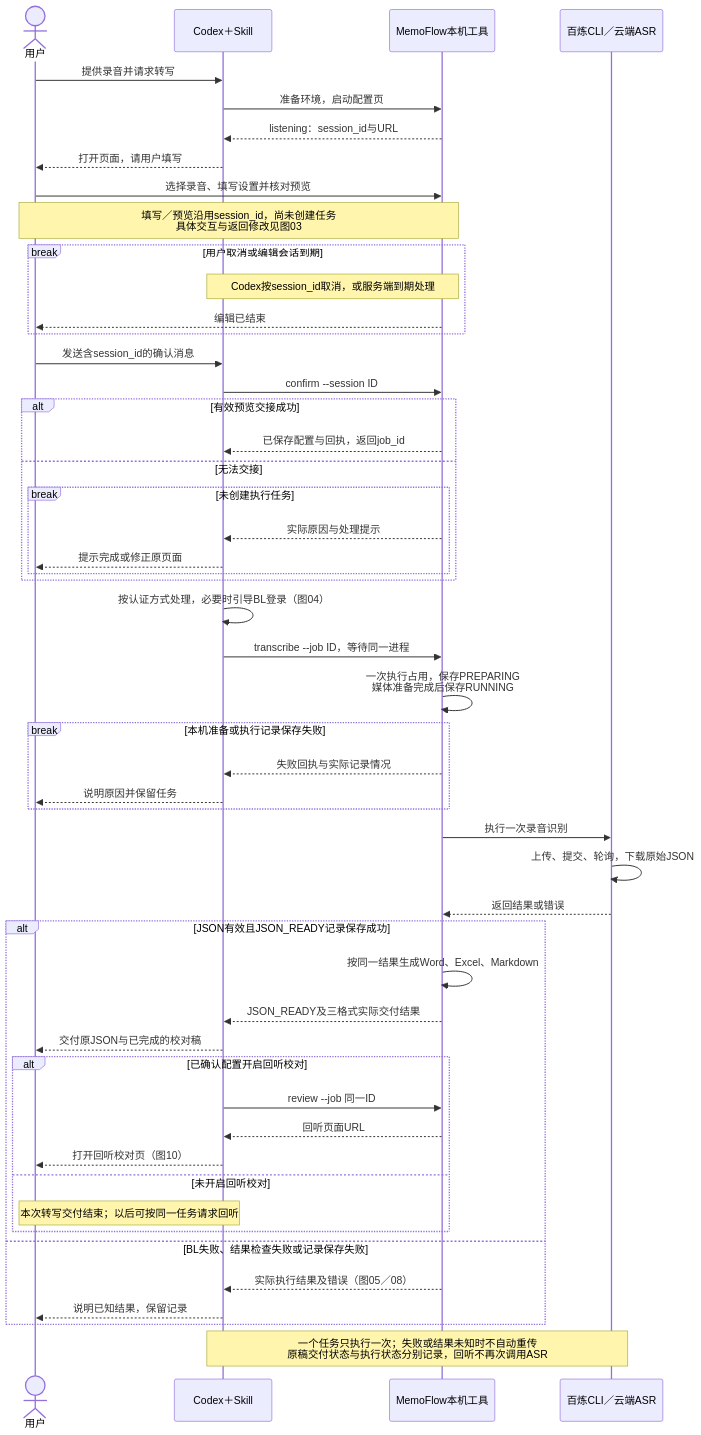
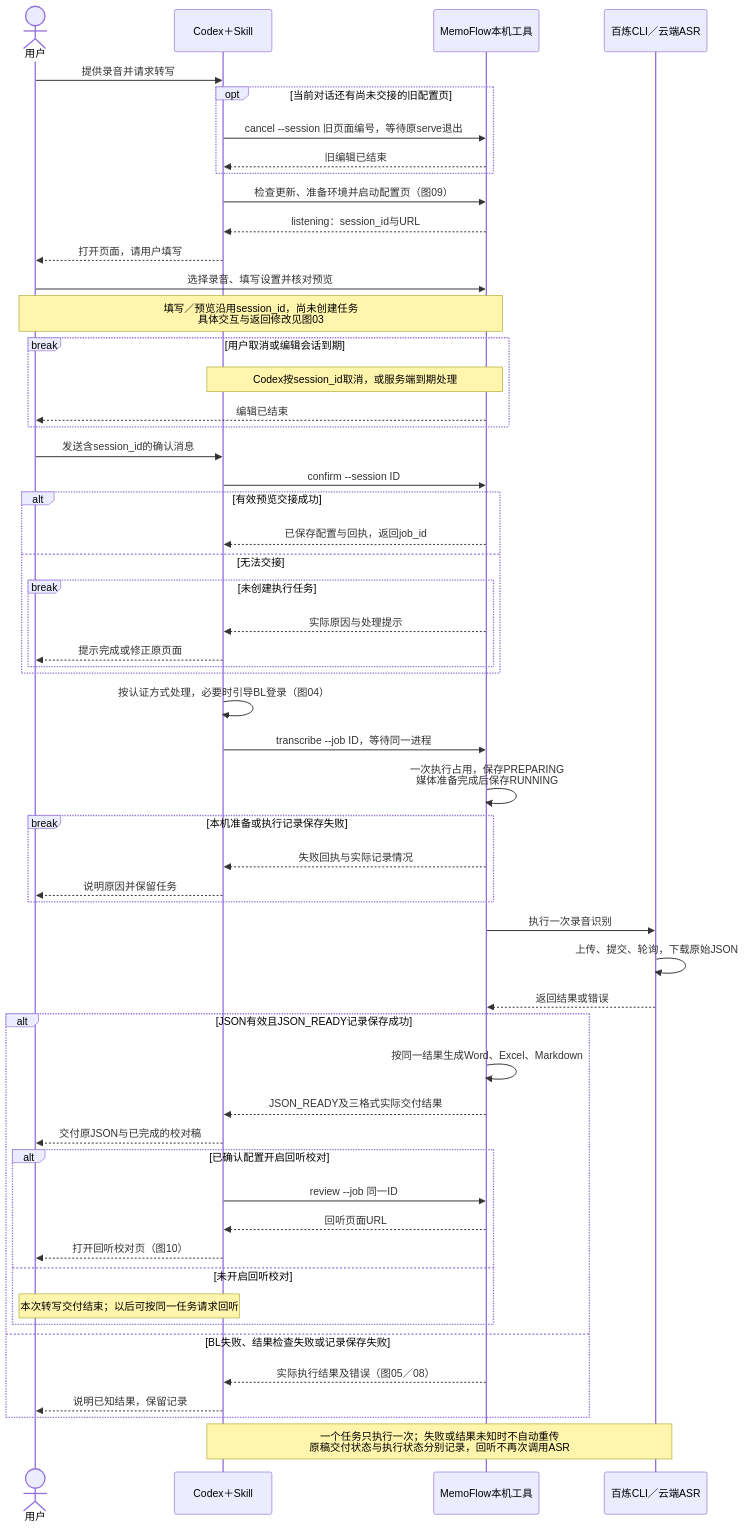
The diagram in doc/uml/07-workflow.mmd (hx101700/memoflow), drawn with Mermaid before and after one commit. The commit also changed 15 other files, not shown here.

Commit message:
fix: start a fresh recording flow after closing prior configuration

```diff
--- a/doc/uml/07-workflow.mmd
+++ b/doc/uml/07-workflow.mmd
@@ -1,51 +1,55 @@
 sequenceDiagram
 actor U as 用户
 participant C as Codex＋Skill
 participant M as MemoFlow本机工具
 participant B as 百炼CLI／云端ASR
 U->>C: 提供录音并请求转写
-C->>M: 准备环境，启动配置页
+opt 当前对话还有尚未交接的旧配置页
+    C->>M: cancel --session 旧页面编号，等待原serve退出
+    M-->>C: 旧编辑已结束
+end
+C->>M: 检查更新、准备环境并启动配置页（图09）
 M-->>C: listening：session_id与URL
 C-->>U: 打开页面，请用户填写
 U->>M: 选择录音、填写设置并核对预览
 Note over U,M: 填写／预览沿用session_id，尚未创建任务<br/>具体交互与返回修改见图03
 break 用户取消或编辑会话到期
     Note over C,M: Codex按session_id取消，或服务端到期处理
     M-->>U: 编辑已结束
 end
 U->>C: 发送含session_id的确认消息
 C->>M: confirm --session ID
 alt 有效预览交接成功
     M-->>C: 已保存配置与回执，返回job_id
 else 无法交接
     break 未创建执行任务
         M-->>C: 实际原因与处理提示
         C-->>U: 提示完成或修正原页面
     end
 end
 C->>C: 按认证方式处理，必要时引导BL登录（图04）
 C->>M: transcribe --job ID，等待同一进程
 M->>M: 一次执行占用，保存PREPARING<br/>媒体准备完成后保存RUNNING
 break 本机准备或执行记录保存失败
     M-->>C: 失败回执与实际记录情况
     C-->>U: 说明原因并保留任务
 end
 M->>B: 执行一次录音识别
 B->>B: 上传、提交、轮询，下载原始JSON
 B-->>M: 返回结果或错误
 alt JSON有效且JSON_READY记录保存成功
     M->>M: 按同一结果生成Word、Excel、Markdown
     M-->>C: JSON_READY及三格式实际交付结果
     C-->>U: 交付原JSON与已完成的校对稿
     alt 已确认配置开启回听校对
         C->>M: review --job 同一ID
         M-->>C: 回听页面URL
         C-->>U: 打开回听校对页（图10）
     else 未开启回听校对
         Note over U,C: 本次转写交付结束；以后可按同一任务请求回听
     end
 else BL失败、结果检查失败或记录保存失败
     M-->>C: 实际执行结果及错误（图05／08）
     C-->>U: 说明已知结果，保留记录
 end
 Note over C,B: 一个任务只执行一次；失败或结果未知时不自动重传<br/>原稿交付状态与执行状态分别记录，回听不再次调用ASR
```
